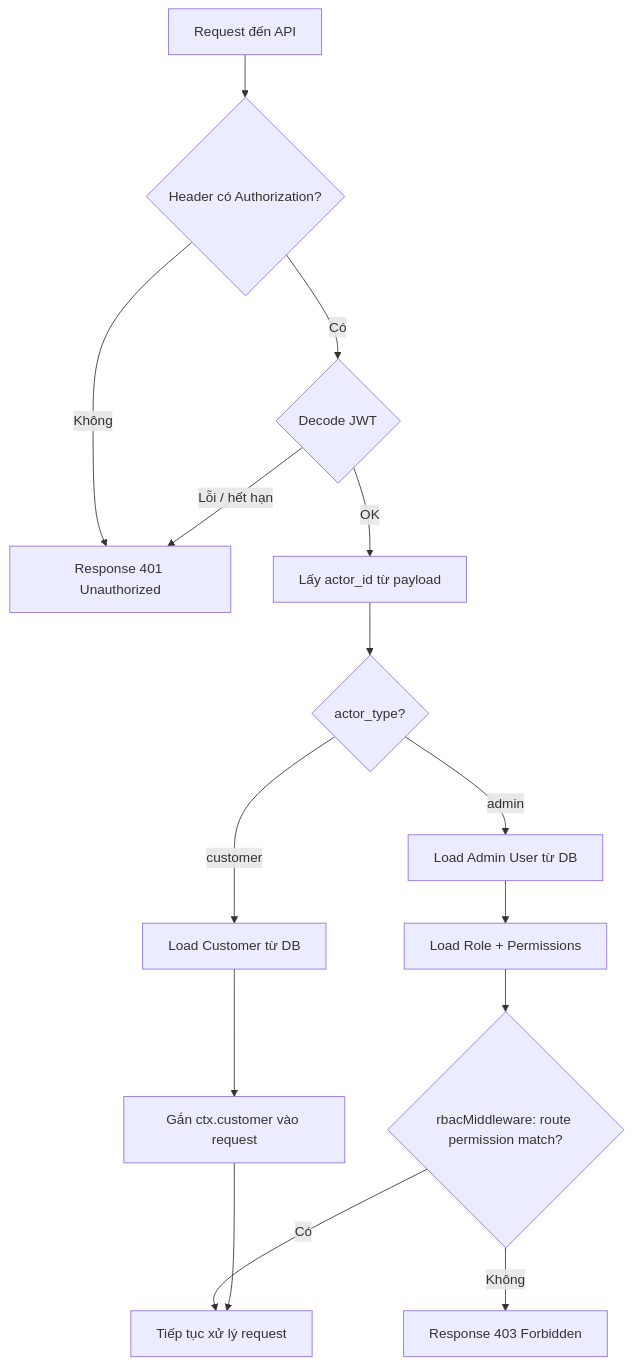
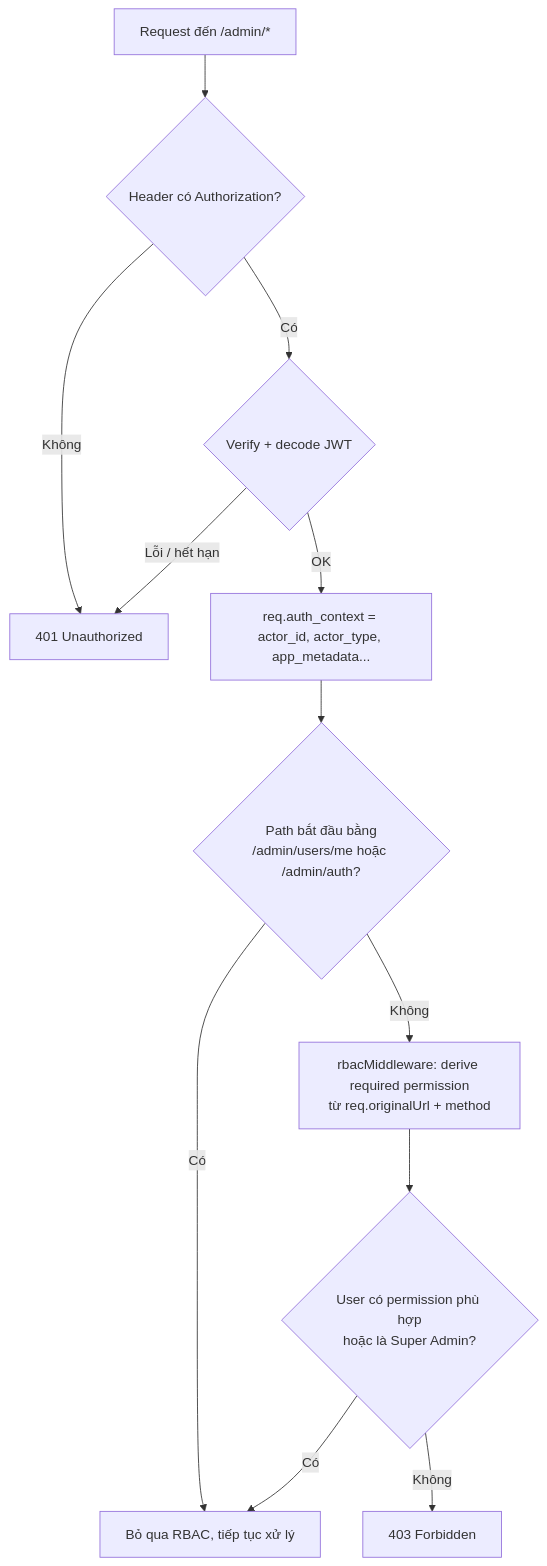
One commit to pathust/mong.fruitboxz changed the third of 5 diagrams in docs/01-auth/flows.md. Above: the diagram before and after it, drawn with Mermaid. The commit also changed other lines of this file and 1 other file, not shown here.

````diff
--- a/docs/01-auth/flows.md
+++ b/docs/01-auth/flows.md
@@ -63,17 +73,14 @@
 ```mermaid
 flowchart TD
-    A[Request đến API] --> B{Header có Authorization?}
-    B -- Không --> C[Response 401 Unauthorized]
-    B -- Có --> D{Decode JWT}
+    A[Request đến /admin/*] --> B{Header có Authorization?}
+    B -- Không --> C[401 Unauthorized]
+    B -- Có --> D{Verify + decode JWT}
     D -- Lỗi / hết hạn --> C
-    D -- OK --> E[Lấy actor_id từ payload]
-    E --> F{actor_type?}
-    F -- customer --> G[Load Customer từ DB]
-    F -- admin --> H[Load Admin User từ DB]
-    G --> I[Gắn ctx.customer vào request]
-    H --> J[Load Role + Permissions]
-    J --> K{rbacMiddleware: route permission match?}
-    K -- Không --> L[Response 403 Forbidden]
-    K -- Có --> M[Tiếp tục xử lý request]
-    I --> M
+    D -- OK --> E[req.auth_context = actor_id, actor_type, app_metadata...]
+    E --> F{Path bắt đầu bằng\n/admin/users/me hoặc /admin/auth?}
+    F -- Có --> M[Bỏ qua RBAC, tiếp tục xử lý]
+    F -- Không --> G[rbacMiddleware: derive required permission\ntừ req.originalUrl + method]
+    G --> H{User có permission phù hợp\nhoặc là Super Admin?}
+    H -- Không --> L[403 Forbidden]
+    H -- Có --> M
 ```
````
